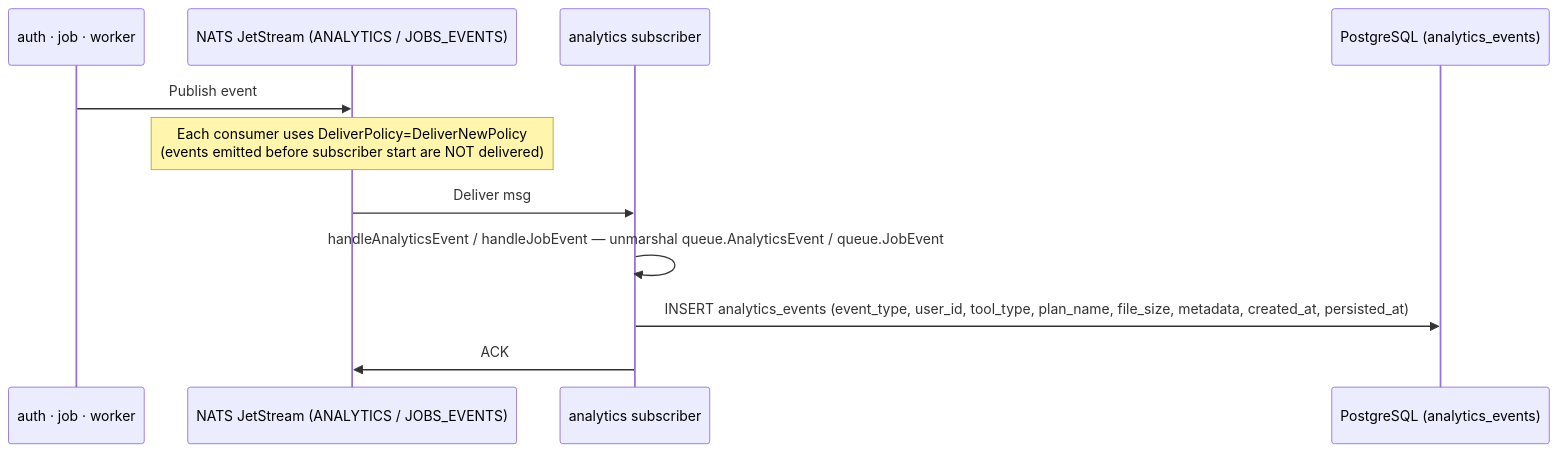
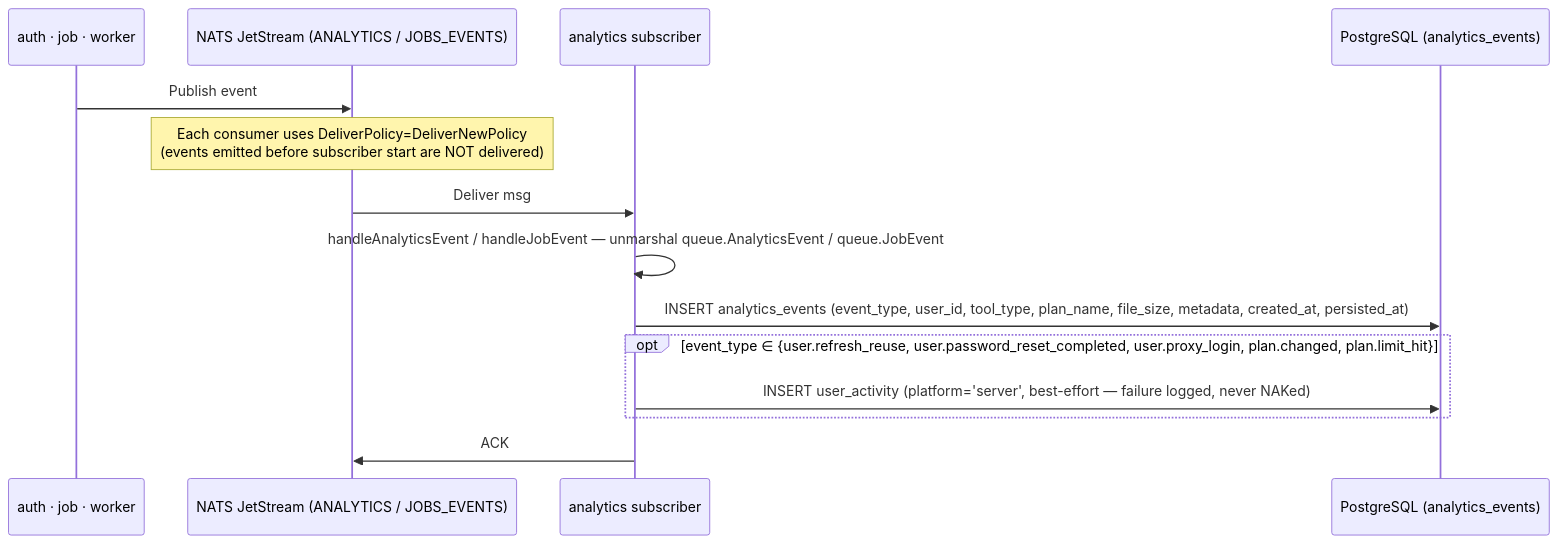
One commit to code-farms/fyredocs_backend changed the third of 6 diagrams in docs/developer/mermaid/service-analytics-service-architecture.md. Above: the diagram before and after it, drawn with Mermaid. The commit also changed other lines of this file and 24 other files, not shown here.

````diff
--- a/docs/developer/mermaid/service-analytics-service-architecture.md
+++ b/docs/developer/mermaid/service-analytics-service-architecture.md
@@ -61,14 +68,17 @@
 ```mermaid
 sequenceDiagram
     participant Producer as auth · job · worker
     participant NATS as NATS JetStream (ANALYTICS / JOBS_EVENTS)
     participant Sub as analytics subscriber
     participant DB as PostgreSQL (analytics_events)
 
     Producer->>NATS: Publish event
     Note over NATS: Each consumer uses DeliverPolicy=DeliverNewPolicy<br/>(events emitted before subscriber start are NOT delivered)
     NATS->>Sub: Deliver msg
     Sub->>Sub: handleAnalyticsEvent / handleJobEvent — unmarshal queue.AnalyticsEvent / queue.JobEvent
     Sub->>DB: INSERT analytics_events (event_type, user_id, tool_type, plan_name, file_size, metadata, created_at, persisted_at)
+    opt event_type ∈ {user.refresh_reuse, user.password_reset_completed, user.proxy_login, plan.changed, plan.limit_hit}
+        Sub->>DB: INSERT user_activity (platform='server', best-effort — failure logged, never NAKed)
+    end
     Sub->>NATS: ACK
 ```
````
